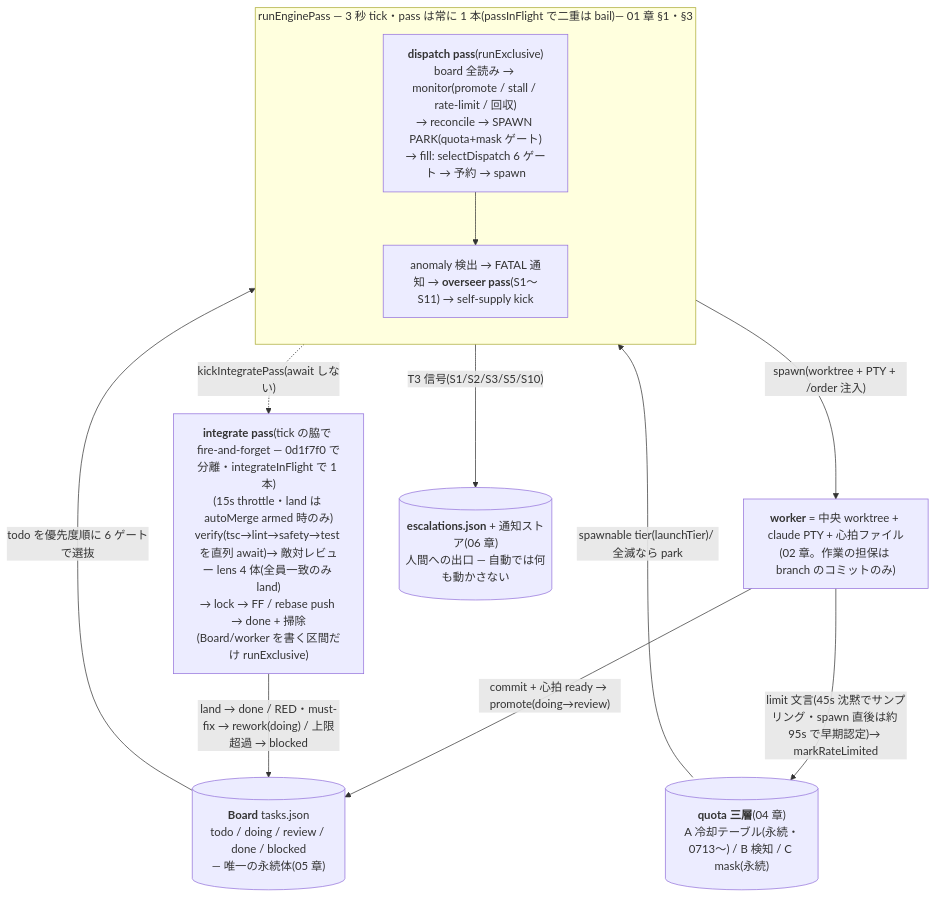
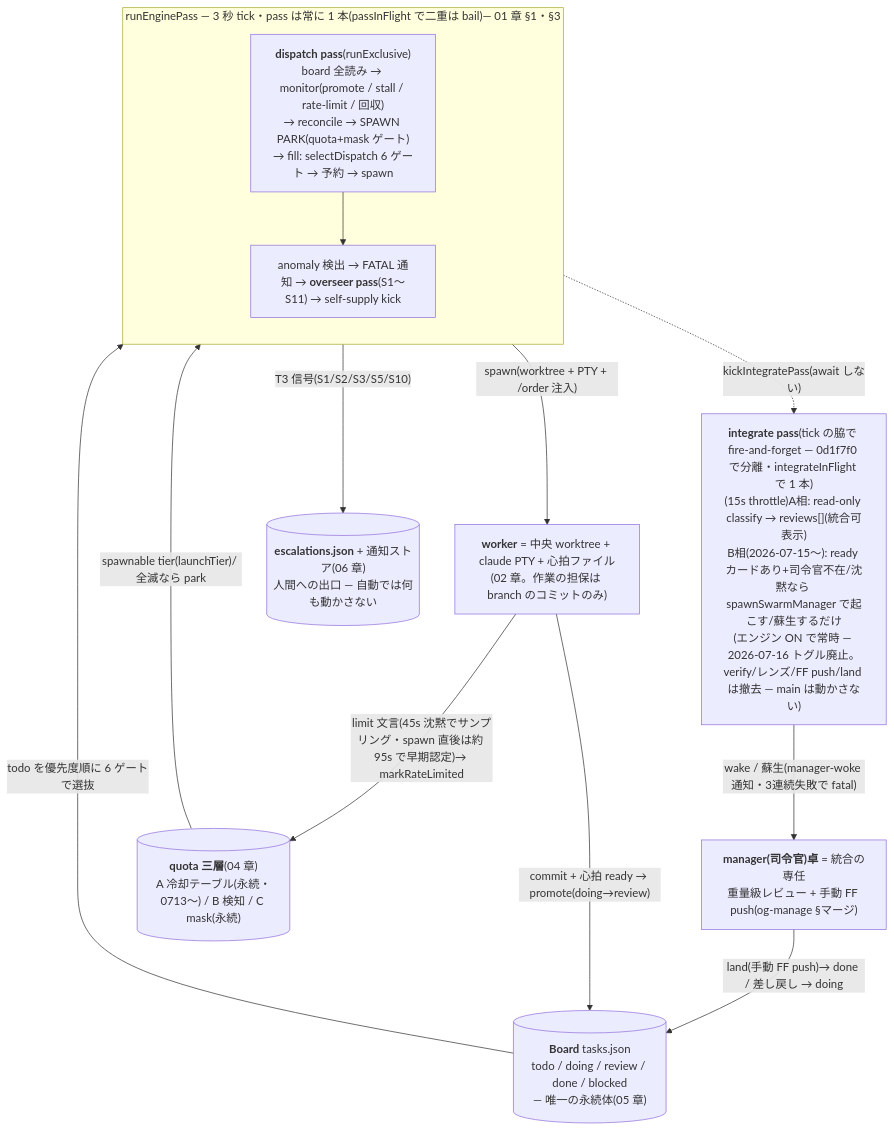
The diagram in docs/commander/00-INDEX.md (nannantown/open-ground), drawn with Mermaid before and after one commit. The commit also changed other lines of this file and 20 other files, not shown here.

````diff
--- a/docs/commander/00-INDEX.md
+++ b/docs/commander/00-INDEX.md
@@ -61,22 +62,24 @@
 ```mermaid
 flowchart TB
   subgraph pass["runEnginePass — 3 秒 tick・pass は常に 1 本(passInFlight で二重は bail)— 01 章 §1・§3"]
     direction TB
     D["<b>dispatch pass</b>(runExclusive)<br/>board 全読み → monitor(promote / stall / rate-limit / 回収)<br/>→ reconcile → SPAWN PARK(quota+mask ゲート)<br/>→ fill: selectDispatch 6 ゲート → 予約 → spawn"]
     O["anomaly 検出 → FATAL 通知 → <b>overseer pass</b>(S1〜S11) → self-supply kick"]
     D --> O
   end
-  I["<b>integrate pass</b>(tick の脇で fire-and-forget — 0d1f7f0 で分離・integrateInFlight で 1 本)<br/>(15s throttle・land は autoMerge armed 時のみ)<br/>verify(tsc→lint→safety→test を直列 await)→ 敵対レビュー lens 4 体(全員一致のみ land)<br/>→ lock → FF / rebase push → done + 掃除(Board/worker を書く区間だけ runExclusive)"]
+  I["<b>integrate pass</b>(tick の脇で fire-and-forget — 0d1f7f0 で分離・integrateInFlight で 1 本)<br/>(15s throttle)A相: read-only classify → reviews[](統合可表示)<br/>B相(2026-07-15〜): ready カードあり+司令官不在/沈黙なら spawnSwarmManager で起こす/蘇生するだけ<br/>(エンジン ON で常時 — 2026-07-16 トグル廃止。verify/レンズ/FF push/land は撤去 — main は動かさない)"]
   D -. "kickIntegratePass(await しない)" .-> I
+  M["<b>manager(司令官)卓</b> = 統合の専任<br/>重量級レビュー + 手動 FF push(og-manage §マージ)"]
+  I -- "wake / 蘇生(manager-woke 通知・3連続失敗で fatal)" --> M
+  M -- "land(手動 FF push)→ done / 差し戻し → doing" --> B
   B[("<b>Board</b> tasks.json<br/>todo / doing / review / done / blocked<br/>— 唯一の永続体(05 章)")]
   W["<b>worker</b> = 中央 worktree + claude PTY + 心拍ファイル<br/>(02 章。作業の担保は branch のコミットのみ)"]
   Q[("<b>quota 三層</b>(04 章)<br/>A 冷却テーブル(永続・0713〜) / B 検知 / C mask(永続)")]
   E[("<b>escalations.json</b> + 通知ストア(06 章)<br/>人間への出口 — 自動では何も動かさない")]
   B -- "todo を優先度順に 6 ゲートで選抜" --> D
   D -- "spawn(worktree + PTY + /order 注入)" --> W
   Q -- "spawnable tier(launchTier)/ 全滅なら park" --> D
   W -- "limit 文言(45s 沈黙でサンプリング・spawn 直後は約 95s で早期認定)→ markRateLimited" --> Q
   W -- "commit + 心拍 ready → promote(doing→review)" --> B
-  I -- "land → done / RED・must-fix → rework(doing) / 上限超過 → blocked" --> B
   O -- "T3 信号(S1/S2/S3/S5/S10)" --> E
 ```
````
